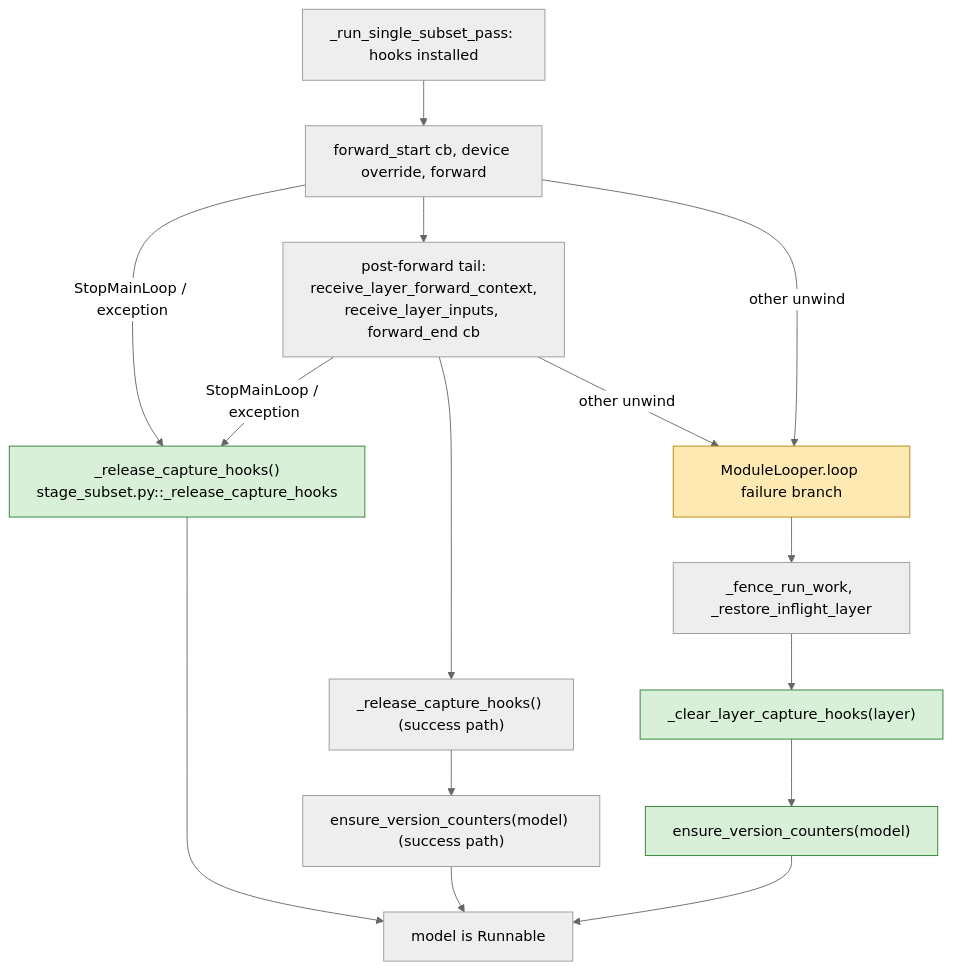
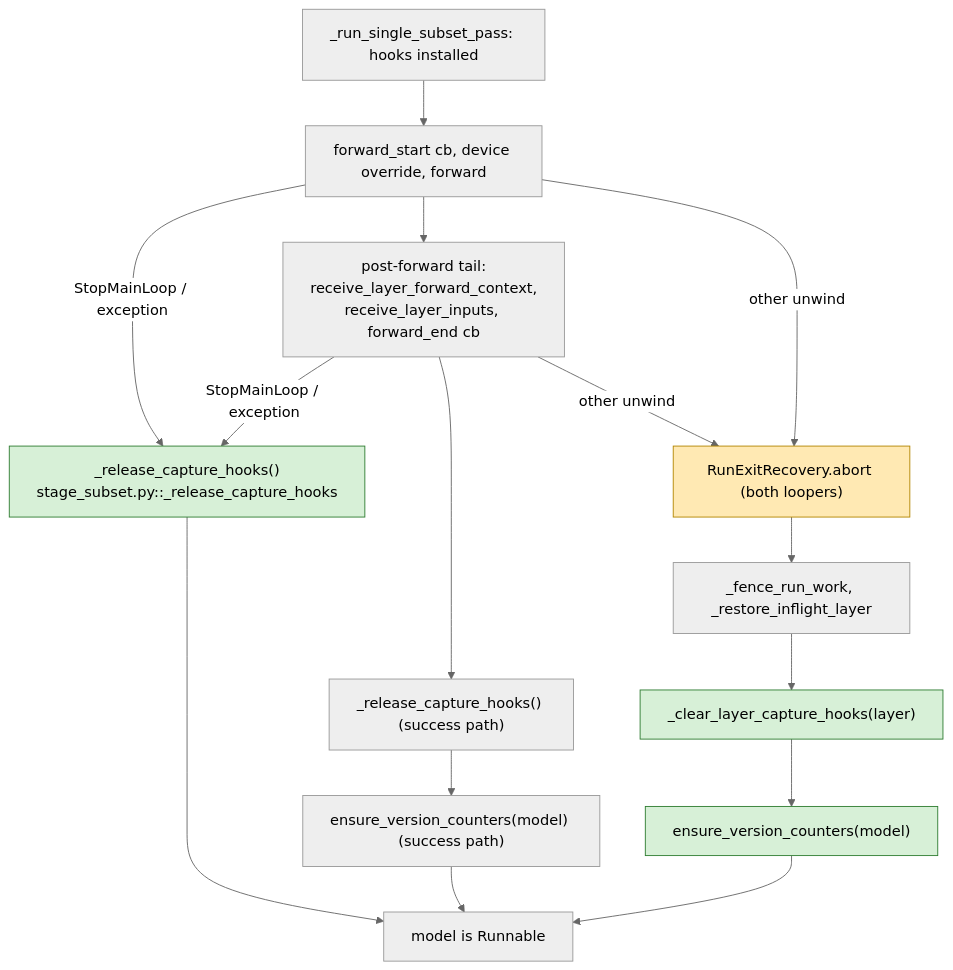
Before and after one commit to ModelCloud/GPTQModel: the second of 2 diagrams in docs/cancelled-run-contract.md, drawn with Mermaid (neutral theme). The commit also changed other lines of this file and 4 other files, not shown here.

````diff
--- a/docs/cancelled-run-contract.md
+++ b/docs/cancelled-run-contract.md
@@ -31,21 +31,21 @@
 ```mermaid
 flowchart TD
     A["_run_single_subset_pass: hooks installed"] --> B["forward_start cb, device override, forward"]
     B -->|"StopMainLoop / exception"| R1["_release_capture_hooks()<br/>stage_subset.py::_release_capture_hooks"]
     B --> C["post-forward tail:<br/>receive_layer_forward_context,<br/>receive_layer_inputs, forward_end cb"]
     C -->|"StopMainLoop / exception"| R1
     C --> D["_release_capture_hooks() (success path)"]
-    B -->|"other unwind"| E["ModuleLooper.loop failure branch"]
+    B -->|"other unwind"| E["RunExitRecovery.abort (both loopers)"]
     C -->|"other unwind"| E
     D --> F["ensure_version_counters(model) (success path)"]
     E --> G["_fence_run_work, _restore_inflight_layer"]
     G --> H["_clear_layer_capture_hooks(layer)"]
     H --> I["ensure_version_counters(model)"]
     F --> J["model is Runnable"]
     I --> J
     R1 --> J
     style R1 fill:#d7f0d7,stroke:#2f7d32
     style H fill:#d7f0d7,stroke:#2f7d32
     style I fill:#d7f0d7,stroke:#2f7d32
     style E fill:#ffe9b3,stroke:#b38600
 ```
````
